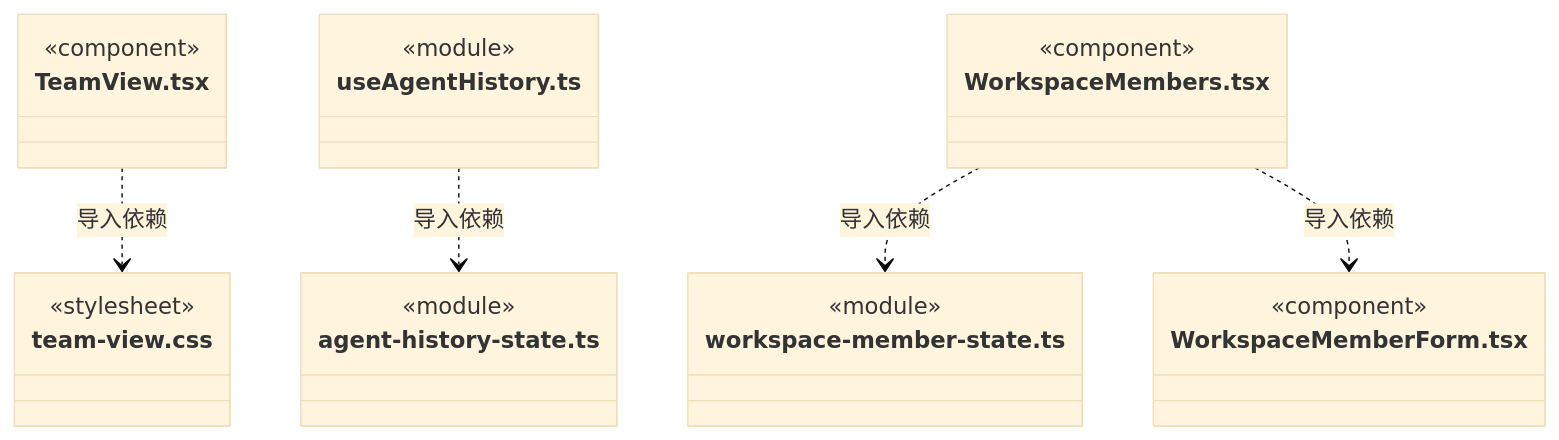
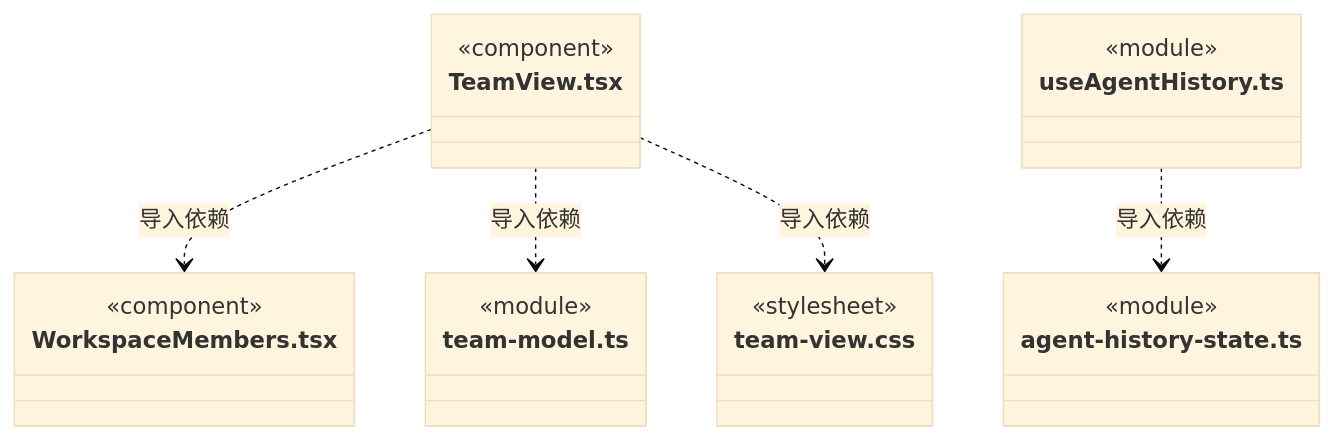
One commit to nan023062/cbim changed diagram 28 of 29 in src/view/team/ARCHITECTURE.md. Above: the diagram before and after it, drawn with Mermaid (base theme). The commit also changed other lines of this file and 13 other files, not shown here.

````diff
--- a/src/view/team/ARCHITECTURE.md
+++ b/src/view/team/ARCHITECTURE.md
@@ -486,28 +499,25 @@
 ```mermaid
 classDiagram
 class N_src_view_team_TeamView_tsx["TeamView.tsx"] {
   <<component>>
+}
+class N_src_view_team_WorkspaceMembers_tsx["WorkspaceMembers.tsx"] {
+  <<component>>
+}
+class N_src_view_team_team_model_ts["team-model.ts"] {
+  <<module>>
 }
 class N_src_view_team_team_view_css["team-view.css"] {
   <<stylesheet>>
 }
 class N_src_view_team_useAgentHistory_ts["useAgentHistory.ts"] {
   <<module>>
 }
 class N_src_view_team_agent_history_state_ts["agent-history-state.ts"] {
   <<module>>
 }
-class N_src_view_team_WorkspaceMembers_tsx["WorkspaceMembers.tsx"] {
-  <<component>>
-}
-class N_src_view_team_workspace_member_state_ts["workspace-member-state.ts"] {
-  <<module>>
-}
-class N_src_view_team_WorkspaceMemberForm_tsx["WorkspaceMemberForm.tsx"] {
-  <<component>>
-}
+N_src_view_team_TeamView_tsx ..> N_src_view_team_WorkspaceMembers_tsx : 导入依赖
+N_src_view_team_TeamView_tsx ..> N_src_view_team_team_model_ts : 导入依赖
 N_src_view_team_TeamView_tsx ..> N_src_view_team_team_view_css : 导入依赖
 N_src_view_team_useAgentHistory_ts ..> N_src_view_team_agent_history_state_ts : 导入依赖
-N_src_view_team_WorkspaceMembers_tsx ..> N_src_view_team_workspace_member_state_ts : 导入依赖
-N_src_view_team_WorkspaceMembers_tsx ..> N_src_view_team_WorkspaceMemberForm_tsx : 导入依赖
 ```
````
